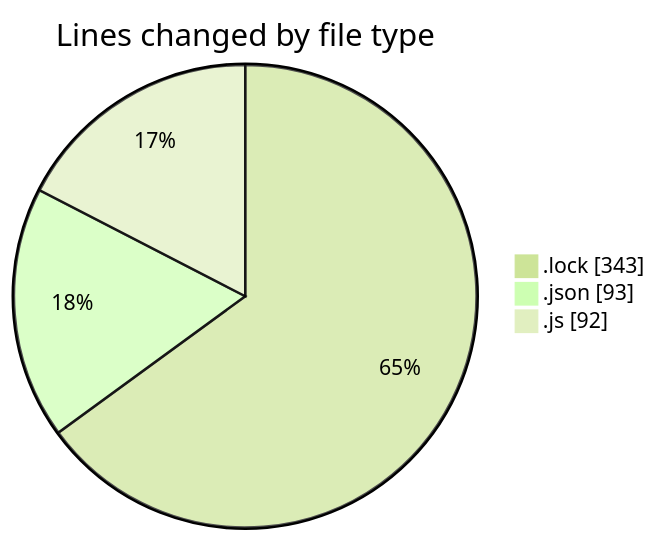
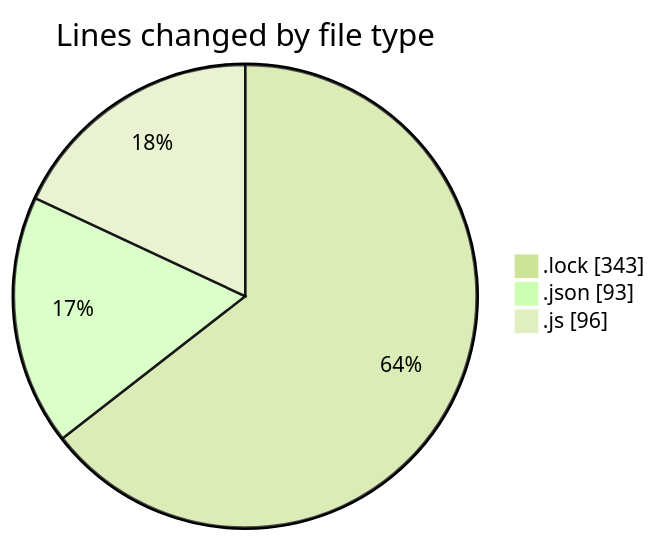
The first of 2 diagrams in 2025-01-30/cda/README.md (momahboobian/code-tracking), drawn with Mermaid (forest theme) before and after one commit. The commit also changed other lines of this file and 1 other file, not shown here.

````diff
--- a/2025-01-30/cda/README.md
+++ b/2025-01-30/cda/README.md
@@ -26,7 +26,7 @@
 ```mermaid
 pie showData
 title Lines changed by file type
 ".lock" : 343
 ".json" : 93
-".js" : 92
+".js" : 96
 ```
````
